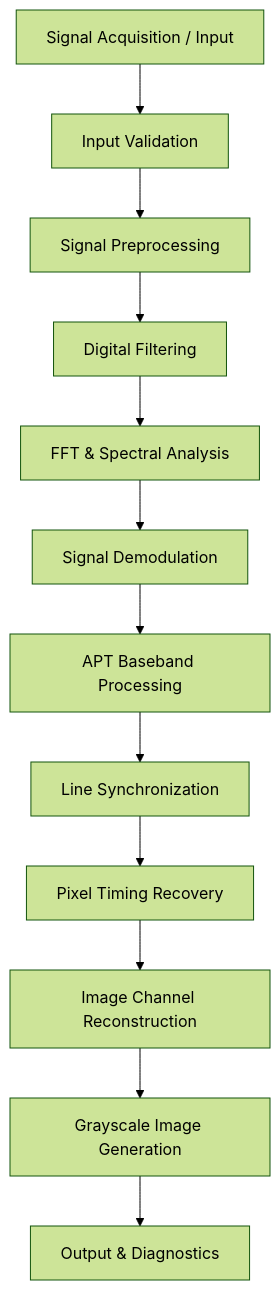
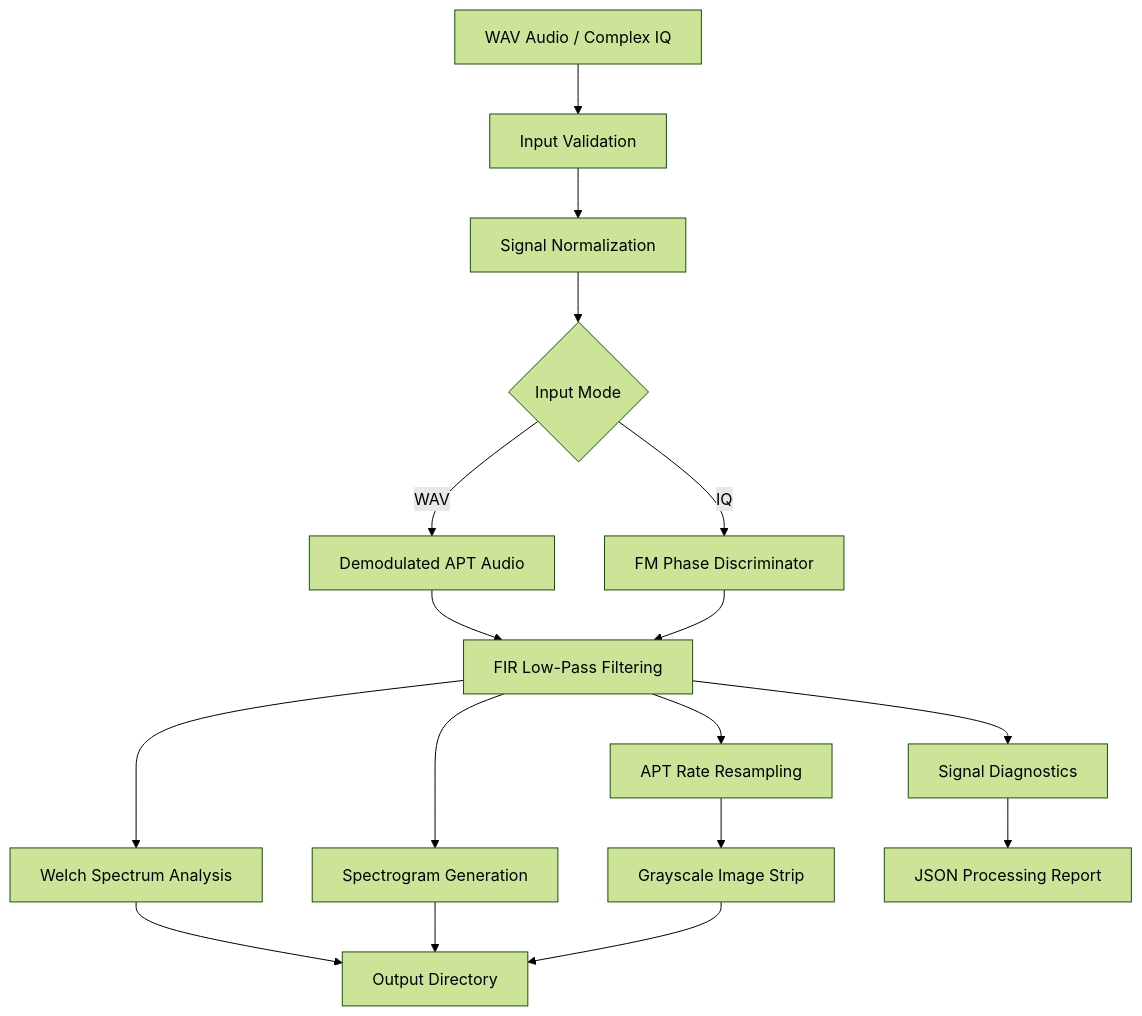
The diagram in README.md (aditysharan17/NOAA-APT-Signal-Processing-Workbench), drawn with Mermaid (forest theme) before and after one commit. The commit also changed other lines of this file, not shown here.

````diff
--- a/README.md
+++ b/README.md
@@ -42,14 +37,19 @@
 ```mermaid
 flowchart TD
-    A["Signal Acquisition / Input"] --> B["Input Validation"]
-    B --> C["Signal Preprocessing"]
-    C --> D["Digital Filtering"]
-    D --> E["FFT & Spectral Analysis"]
-    E --> F["Signal Demodulation"]
-    F --> G["APT Baseband Processing"]
-    G --> H["Line Synchronization"]
-    H --> I["Pixel Timing Recovery"]
-    I --> J["Image Channel Reconstruction"]
-    J --> K["Grayscale Image Generation"]
-    K --> L["Output & Diagnostics"]
+    A["WAV Audio / Complex IQ"] --> B["Input Validation"]
+    B --> C["Signal Normalization"]
+    C --> D{"Input Mode"}
+    D -->|"WAV"| E["Demodulated APT Audio"]
+    D -->|"IQ"| F["FM Phase Discriminator"]
+    E --> G["FIR Low-Pass Filtering"]
+    F --> G
+    G --> H["Welch Spectrum Analysis"]
+    G --> I["Spectrogram Generation"]
+    G --> J["APT Rate Resampling"]
+    J --> K["Grayscale Image Strip"]
+    H --> L["Output Directory"]
+    I --> L
+    K --> L
+    G --> M["Signal Diagnostics"]
+    M --> N["JSON Processing Report"]
 ```
````
